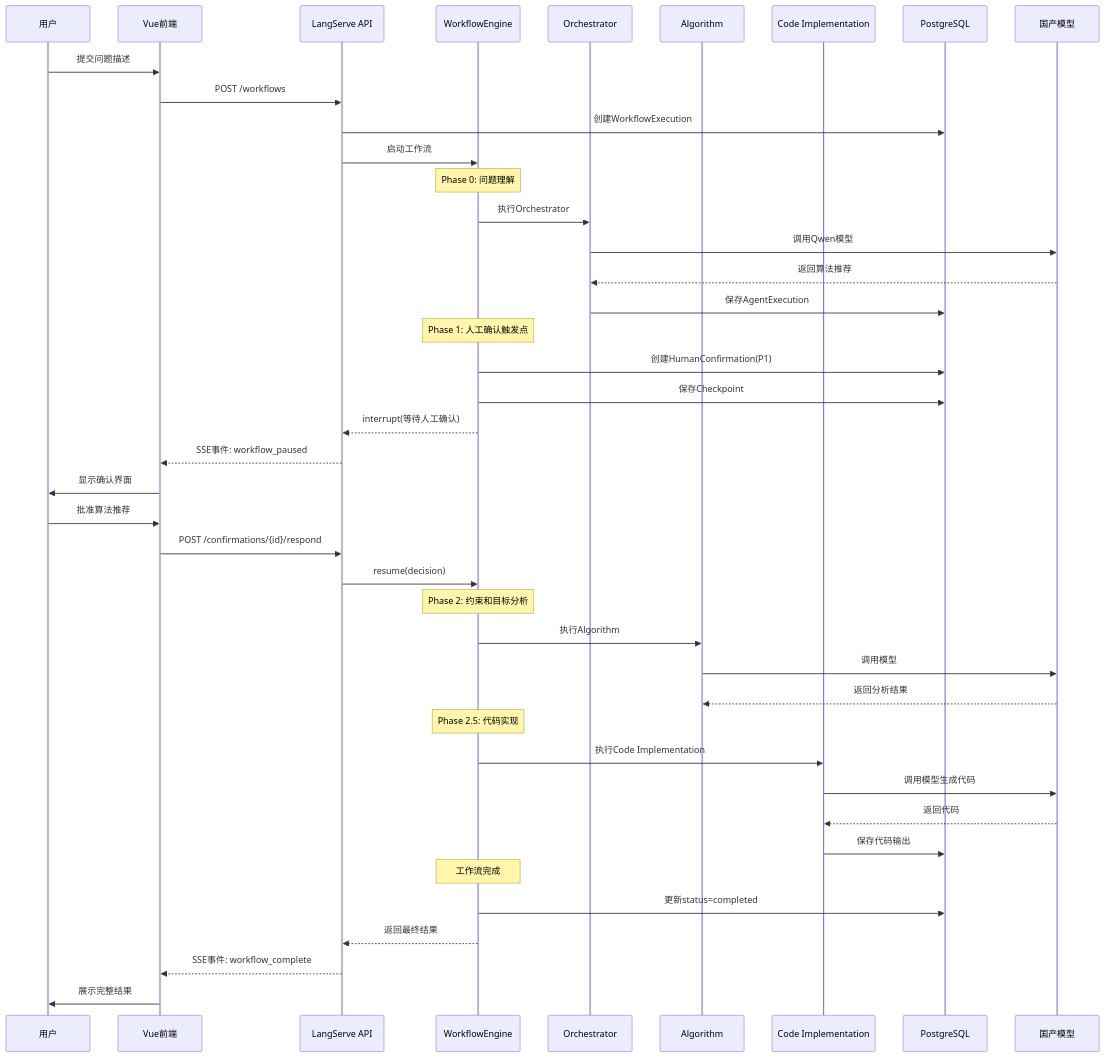
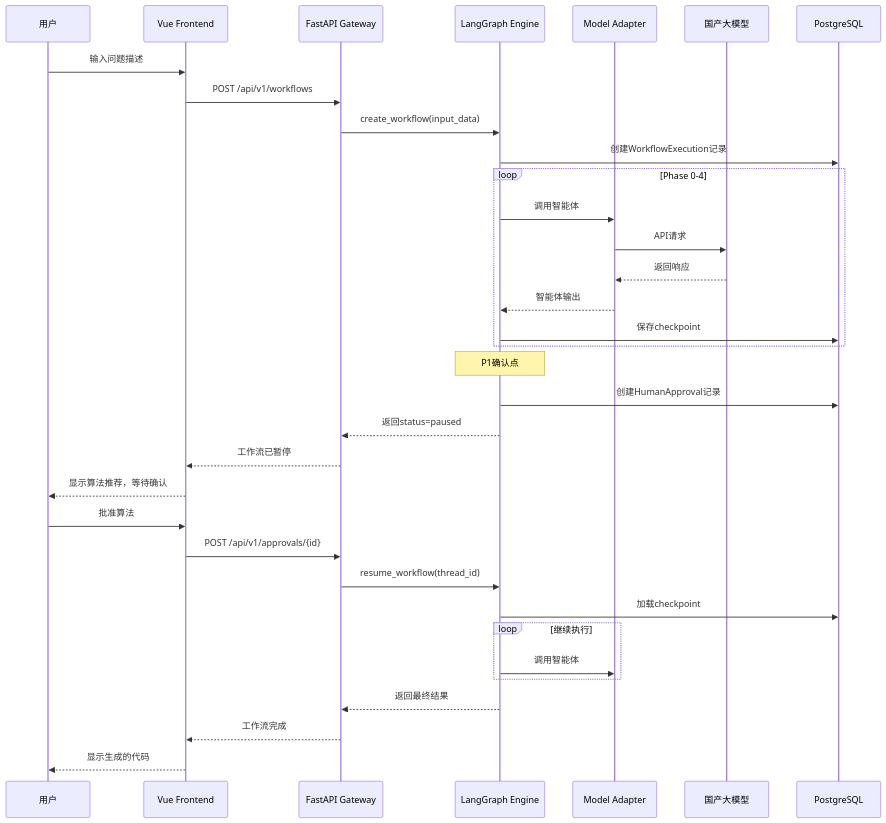
The fifth of 5 diagrams in docs/architecture.md (QQhuxuhui/BMAD-METHOD), drawn with Mermaid before and after one commit. The commit also changed other lines of this file and 19 other files, not shown here.

````diff
--- a/docs/architecture.md
+++ b/docs/architecture.md
@@ -755,51 +763,42 @@
 ```mermaid
 sequenceDiagram
-    participant User as 用户
-    participant Frontend as Vue前端
-    participant API as LangServe API
-    participant WF as WorkflowEngine
-    participant Orch as Orchestrator
-    participant Algo as Algorithm
-    participant Code as Code Implementation
+    participant U as 用户
+    participant FE as Vue Frontend
+    participant API as FastAPI Gateway
+    participant LG as LangGraph Engine
+    participant MA as Model Adapter
+    participant LLM as 国产大模型
     participant DB as PostgreSQL
-    participant Model as 国产模型
 
-    User->>Frontend: 提交问题描述
-    Frontend->>API: POST /workflows
-    API->>DB: 创建WorkflowExecution
-    API->>WF: 启动工作流
+    U->>FE: 输入问题描述
+    FE->>API: POST /api/v1/workflows
+    API->>LG: create_workflow(input_data)
+    LG->>DB: 创建WorkflowExecution记录
 
-    Note over WF: Phase 0: 问题理解
-    WF->>Orch: 执行Orchestrator
-    Orch->>Model: 调用Qwen模型
-    Model-->>Orch: 返回算法推荐
-    Orch->>DB: 保存AgentExecution
+    loop Phase 0-4
+        LG->>MA: 调用智能体
+        MA->>LLM: API请求
+        LLM-->>MA: 返回响应
+        MA-->>LG: 智能体输出
+        LG->>DB: 保存checkpoint
+    end
 
-    Note over WF: Phase 1: 人工确认触发点
-    WF->>DB: 创建HumanConfirmation(P1)
-    WF->>DB: 保存Checkpoint
-    WF-->>API: interrupt(等待人工确认)
-    API-->>Frontend: SSE事件: workflow_paused
+    Note over LG: P1确认点
+    LG->>DB: 创建HumanApproval记录
+    LG-->>API: 返回status=paused
+    API-->>FE: 工作流已暂停
+    FE-->>U: 显示算法推荐，等待确认
 
-    Frontend->>User: 显示确认界面
-    User->>Frontend: 批准算法推荐
-    Frontend->>API: POST /confirmations/{id}/respond
-    API->>WF: resume(decision)
+    U->>FE: 批准算法
+    FE->>API: POST /api/v1/approvals/{id}
+    API->>LG: resume_workflow(thread_id)
+    LG->>DB: 加载checkpoint
 
-    Note over WF: Phase 2: 约束和目标分析
-    WF->>Algo: 执行Algorithm
-    Algo->>Model: 调用模型
-    Model-->>Algo: 返回分析结果
+    loop 继续执行
+        LG->>MA: 调用智能体
+    end
 
-    Note over WF: Phase 2.5: 代码实现
-    WF->>Code: 执行Code Implementation
-    Code->>Model: 调用模型生成代码
-    Model-->>Code: 返回代码
-    Code->>DB: 保存代码输出
-
-    Note over WF: 工作流完成
-    WF->>DB: 更新status=completed
-    WF-->>API: 返回最终结果
-    API-->>Frontend: SSE事件: workflow_complete
-    Frontend->>User: 展示完整结果
+    LG-->>API: 返回最终结果
+    API-->>FE: 工作流完成
+    FE-->>U: 显示生成的代码
 ```
````
